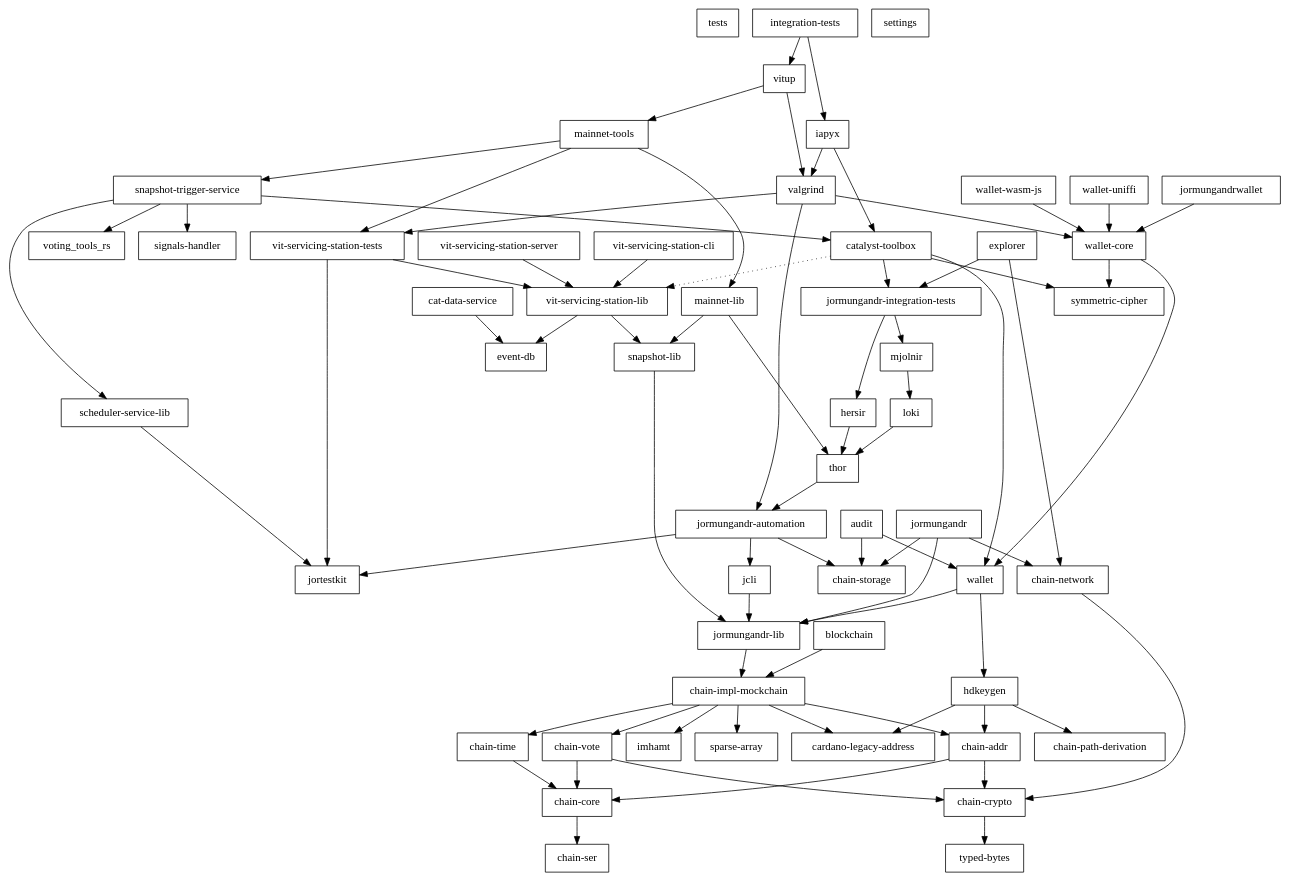
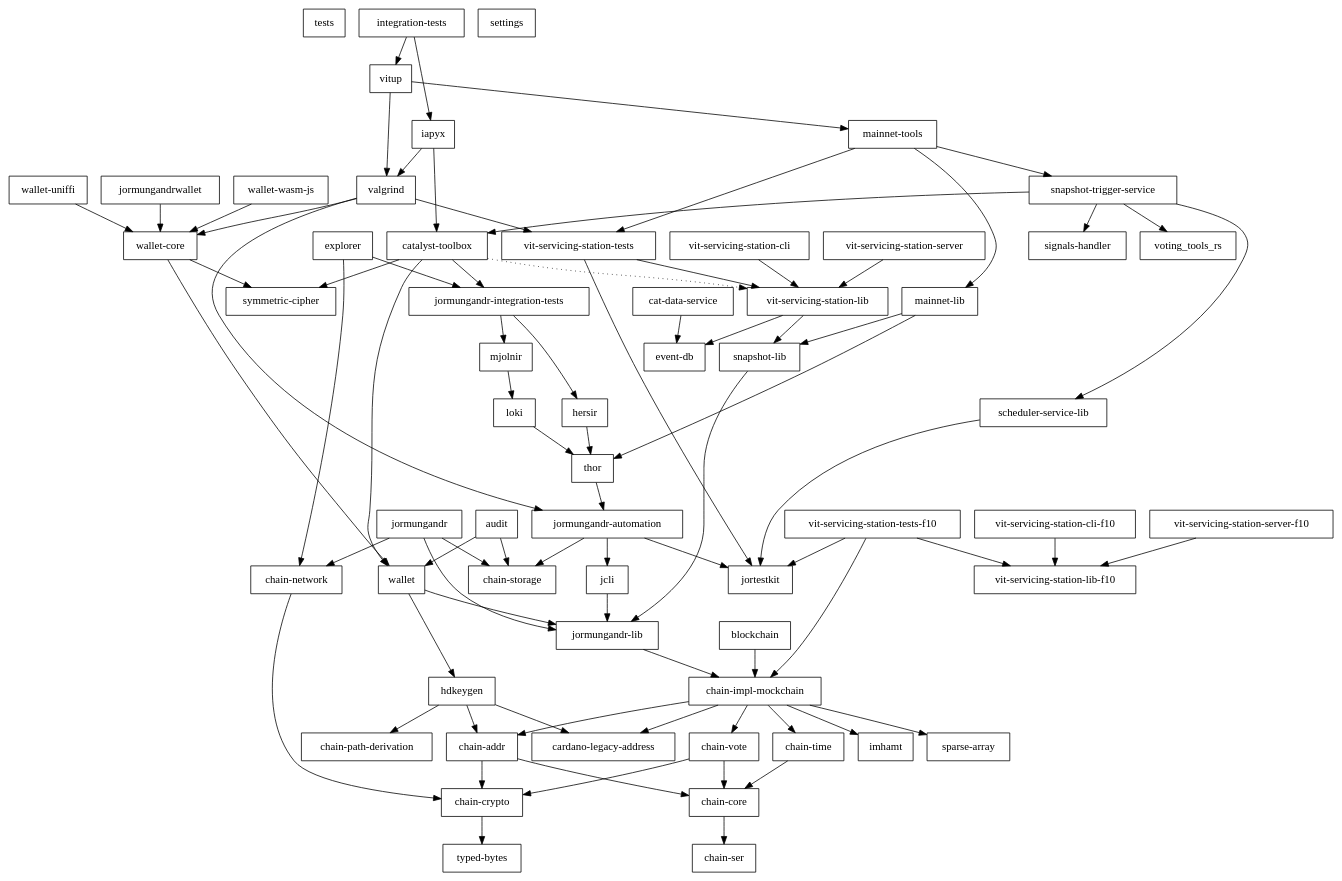
The diagram in feat-switch-to-f10-vitss/06_rust_api/rust/doc/workspace.depgraph.dot (input-output-hk/catalyst-core), drawn with Graphviz before and after one commit. The commit also changed 6363 other files, not shown here.

```diff
--- a/feat-switch-to-f10-vitss/06_rust_api/rust/doc/workspace.depgraph.dot
+++ b/feat-switch-to-f10-vitss/06_rust_api/rust/doc/workspace.depgraph.dot
@@ -1,130 +1,139 @@
 digraph {
     0 [ label = "tests" shape = box]
     1 [ label = "catalyst-toolbox" shape = box]
     2 [ label = "chain-addr" shape = box]
     3 [ label = "chain-core" shape = box]
     4 [ label = "chain-ser" shape = box]
     5 [ label = "chain-crypto" shape = box]
     6 [ label = "typed-bytes" shape = box]
     7 [ label = "chain-impl-mockchain" shape = box]
     8 [ label = "cardano-legacy-address" shape = box]
     9 [ label = "chain-time" shape = box]
     10 [ label = "chain-vote" shape = box]
     11 [ label = "imhamt" shape = box]
     12 [ label = "sparse-array" shape = box]
     13 [ label = "chain-storage" shape = box]
     14 [ label = "jcli" shape = box]
     15 [ label = "jormungandr-lib" shape = box]
     16 [ label = "jormungandr-automation" shape = box]
     17 [ label = "jortestkit" shape = box]
     18 [ label = "jormungandr-integration-tests" shape = box]
     19 [ label = "hersir" shape = box]
     20 [ label = "thor" shape = box]
     21 [ label = "loki" shape = box]
     22 [ label = "mjolnir" shape = box]
     23 [ label = "snapshot-lib" shape = box]
     24 [ label = "symmetric-cipher" shape = box]
     25 [ label = "vit-servicing-station-lib" shape = box]
     26 [ label = "event-db" shape = box]
     27 [ label = "vit-servicing-station-tests" shape = box]
     28 [ label = "wallet" shape = box]
     29 [ label = "chain-path-derivation" shape = box]
     30 [ label = "hdkeygen" shape = box]
     31 [ label = "chain-network" shape = box]
     32 [ label = "jormungandrwallet" shape = box]
     33 [ label = "wallet-core" shape = box]
     34 [ label = "wallet-wasm-js" shape = box]
     35 [ label = "wallet-uniffi" shape = box]
     36 [ label = "jormungandr" shape = box]
     37 [ label = "explorer" shape = box]
     38 [ label = "settings" shape = box]
     39 [ label = "blockchain" shape = box]
     40 [ label = "vit-servicing-station-cli" shape = box]
     41 [ label = "vit-servicing-station-server" shape = box]
     42 [ label = "iapyx" shape = box]
     43 [ label = "valgrind" shape = box]
     44 [ label = "vitup" shape = box]
     45 [ label = "mainnet-lib" shape = box]
     46 [ label = "mainnet-tools" shape = box]
     47 [ label = "scheduler-service-lib" shape = box]
     48 [ label = "signals-handler" shape = box]
     49 [ label = "snapshot-trigger-service" shape = box]
     50 [ label = "voting_tools_rs" shape = box]
     51 [ label = "integration-tests" shape = box]
     52 [ label = "cat-data-service" shape = box]
     53 [ label = "audit" shape = box]
+    54 [ label = "vit-servicing-station-cli-f10" shape = box]
+    55 [ label = "vit-servicing-station-lib-f10" shape = box]
+    56 [ label = "vit-servicing-station-server-f10" shape = box]
+    57 [ label = "vit-servicing-station-tests-f10" shape = box]
     1 -> 18 [ ]
     1 -> 24 [ ]
     1 -> 25 [ style = dotted]
     1 -> 28 [ ]
     2 -> 3 [ ]
     2 -> 5 [ ]
     3 -> 4 [ ]
     5 -> 6 [ ]
     7 -> 8 [ ]
     7 -> 2 [ ]
     7 -> 9 [ ]
     7 -> 10 [ ]
     7 -> 11 [ ]
     7 -> 12 [ ]
     9 -> 3 [ ]
     10 -> 3 [ ]
     10 -> 5 [ ]
     14 -> 15 [ ]
     15 -> 7 [ ]
     16 -> 13 [ ]
     16 -> 14 [ ]
     16 -> 17 [ ]
     18 -> 19 [ ]
     18 -> 22 [ ]
     19 -> 20 [ ]
     20 -> 16 [ ]
     21 -> 20 [ ]
     22 -> 21 [ ]
     23 -> 15 [ ]
     25 -> 26 [ ]
     25 -> 23 [ ]
     27 -> 17 [ ]
     27 -> 25 [ ]
     28 -> 30 [ ]
     28 -> 15 [ ]
     30 -> 8 [ ]
     30 -> 2 [ ]
     30 -> 29 [ ]
     31 -> 5 [ ]
     32 -> 33 [ ]
     33 -> 24 [ ]
     33 -> 28 [ ]
     34 -> 33 [ ]
     35 -> 33 [ ]
     36 -> 31 [ ]
     36 -> 13 [ ]
     36 -> 15 [ ]
     37 -> 31 [ ]
     37 -> 18 [ ]
     39 -> 7 [ ]
     40 -> 25 [ ]
     41 -> 25 [ ]
     42 -> 1 [ ]
     42 -> 43 [ ]
     43 -> 16 [ ]
     43 -> 27 [ ]
     43 -> 33 [ ]
     44 -> 46 [ ]
     44 -> 43 [ ]
     45 -> 23 [ ]
     45 -> 20 [ ]
     46 -> 45 [ ]
     46 -> 49 [ ]
     46 -> 27 [ ]
     47 -> 17 [ ]
     49 -> 1 [ ]
     49 -> 47 [ ]
     49 -> 48 [ ]
     49 -> 50 [ ]
     51 -> 42 [ ]
     51 -> 44 [ ]
     52 -> 26 [ ]
     53 -> 13 [ ]
     53 -> 28 [ ]
+    54 -> 55 [ ]
+    56 -> 55 [ ]
+    57 -> 7 [ ]
+    57 -> 17 [ ]
+    57 -> 55 [ ]
 }
```
